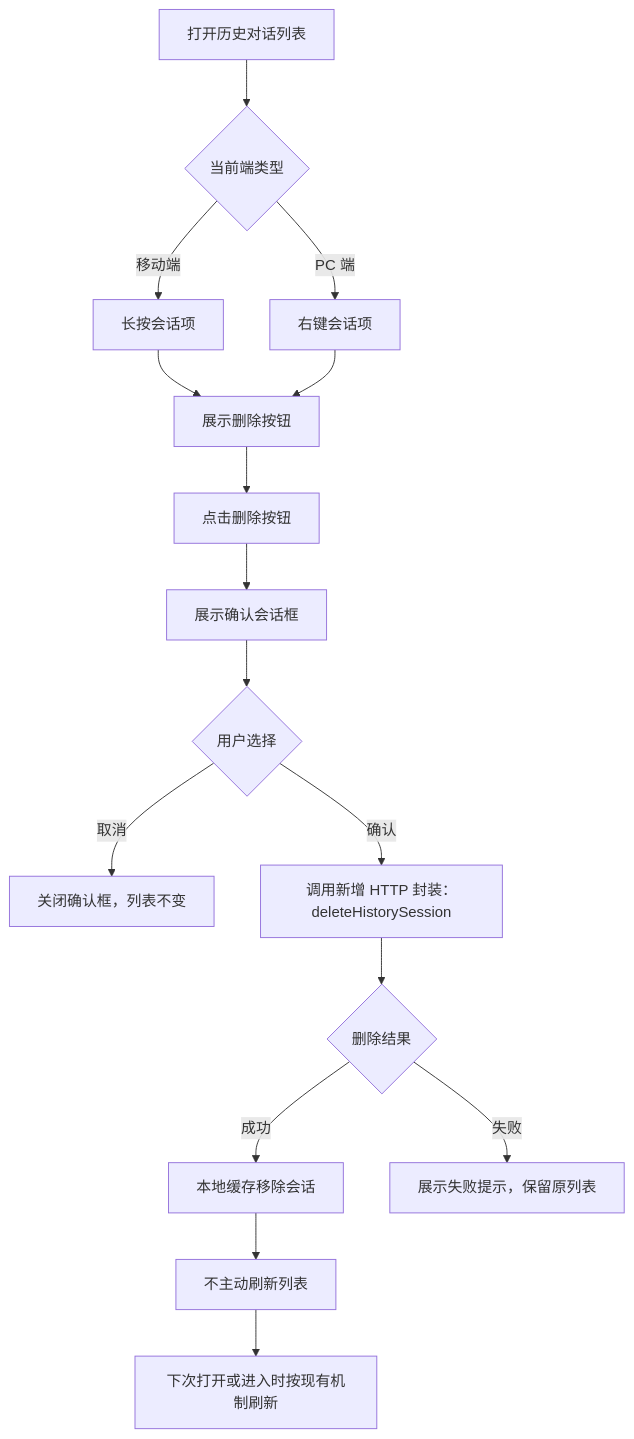
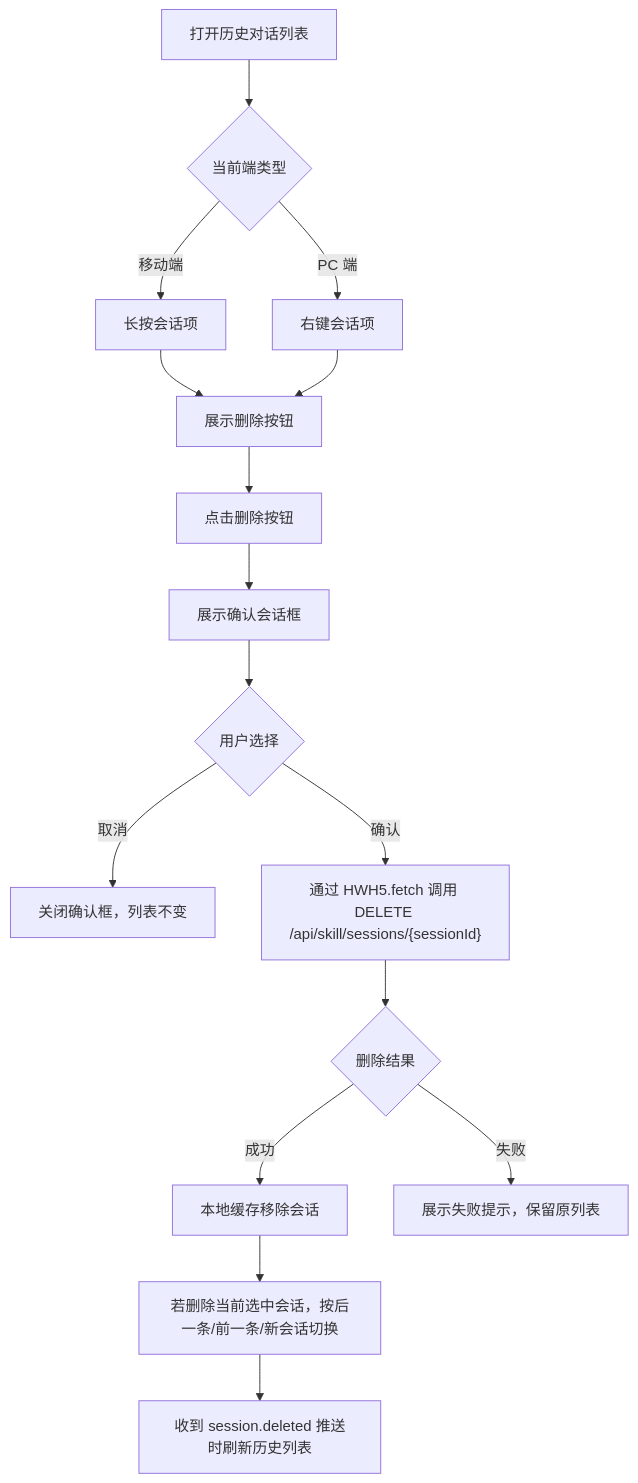
One commit to Abelsjcheng/skillSDK changed the first of 5 diagrams in ai-chat-viewer/docs/plans/2026-06-04-we-agent-history-session-delete-plan.md. Above: the diagram before and after it, drawn with Mermaid. The commit also changed other lines of this file and 22 other files, not shown here.

Commit message:
feat(we-agent): support history session deletion

````diff
--- a/ai-chat-viewer/docs/plans/2026-06-04-we-agent-history-session-delete-plan.md
+++ b/ai-chat-viewer/docs/plans/2026-06-04-we-agent-history-session-delete-plan.md
@@ -36,18 +36,18 @@
 ```mermaid
 flowchart TD
     A["打开历史对话列表"] --> B{"当前端类型"}
     B -->|"移动端"| C["长按会话项"]
     B -->|"PC 端"| D["右键会话项"]
     C --> E["展示删除按钮"]
     D --> E
     E --> F["点击删除按钮"]
     F --> G["展示确认会话框"]
     G --> H{"用户选择"}
     H -->|"取消"| I["关闭确认框，列表不变"]
-    H -->|"确认"| J["调用新增 HTTP 封装：deleteHistorySession"]
+    H -->|"确认"| J["通过 HWH5.fetch 调用 DELETE /api/skill/sessions/{sessionId}"]
     J --> K{"删除结果"}
     K -->|"成功"| L["本地缓存移除会话"]
-    L --> M["不主动刷新列表"]
-    M --> N["下次打开或进入时按现有机制刷新"]
+    L --> M["若删除当前选中会话，按后一条/前一条/新会话切换"]
+    M --> N["收到 session.deleted 推送时刷新历史列表"]
     K -->|"失败"| O["展示失败提示，保留原列表"]
 ```
````
